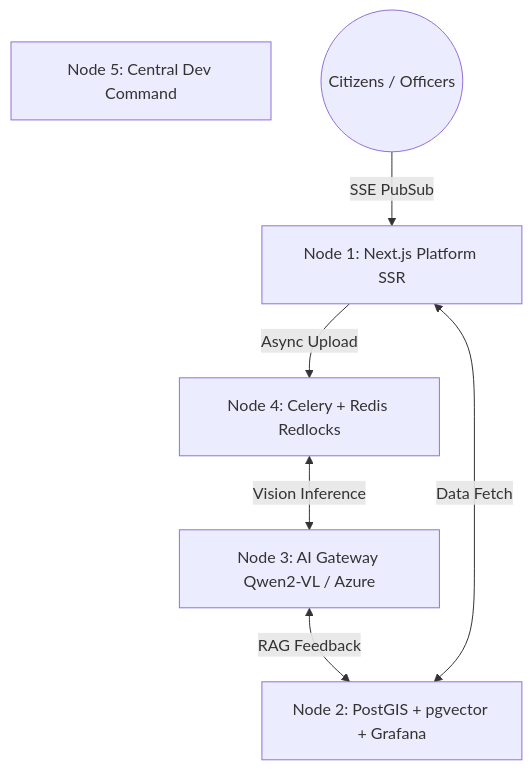
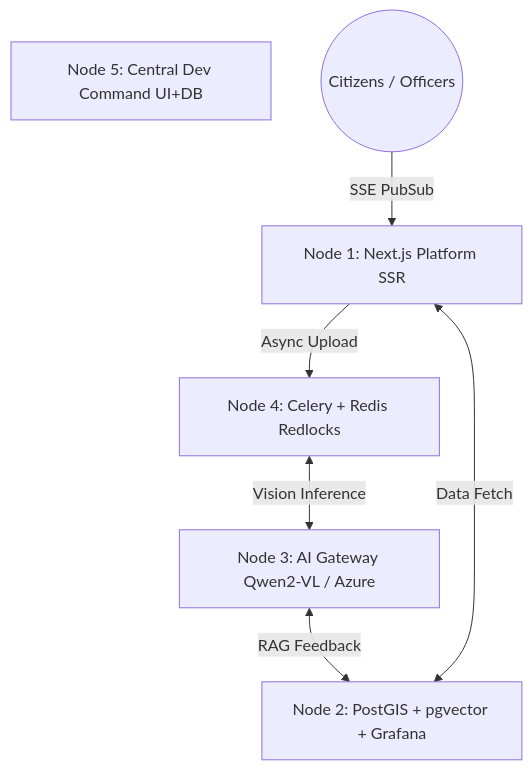
Before and after one commit to AmanBanik/NAKSHA_base: the first of 2 diagrams in README.md, drawn with Mermaid. The commit also changed 1 other file, not shown here.

Commit message:
Architecture: Updated Node 5 documentation to explicitly define it as a 100% self-contained Isolated Control Plane (Out-of-Band Management)

````diff
--- a/README.md
+++ b/README.md
@@ -27,14 +27,14 @@
 ```mermaid
 graph TD
     N1[Node 1: Next.js Platform SSR]
     N2[Node 2: PostGIS + pgvector + Grafana]
     N3[Node 3: AI Gateway Qwen2-VL / Azure]
     N4[Node 4: Celery + Redis Redlocks]
-    N5[Node 5: Central Dev Command]
+    N5[Node 5: Central Dev Command UI+DB]
 
     Client((Citizens / Officers)) -->|SSE PubSub| N1
     N1 -->|Async Upload| N4
     N4 <-->|Vision Inference| N3
     N3 <-->|RAG Feedback| N2
     N1 <-->|Data Fetch| N2
 ```
````
